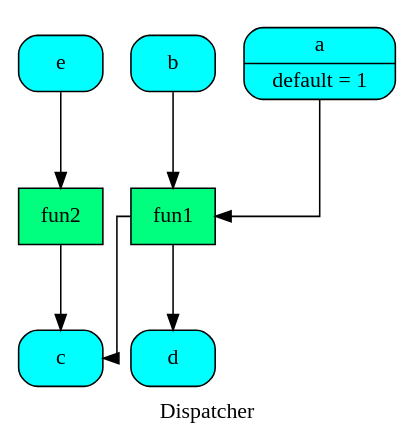
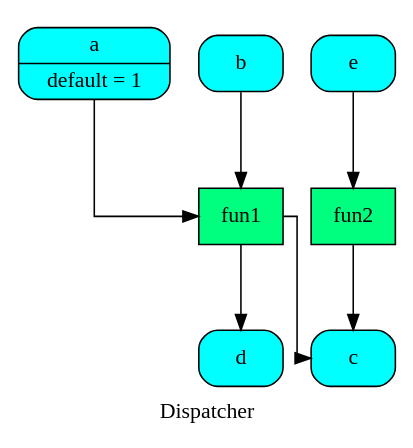
The diagram in doc/dispatcher/__init__/get_sub_dsp_from_workflow/dsp.dot (vinci1it2000/schedula), drawn with Graphviz before and after one commit. The commit also changed 27 other files, not shown here.

```diff
--- a/doc/dispatcher/__init__/get_sub_dsp_from_workflow/dsp.dot
+++ b/doc/dispatcher/__init__/get_sub_dsp_from_workflow/dsp.dot
@@ -1,19 +1,19 @@
 digraph Dispatcher {
 	graph [ratio=1]
 	node [style=filled]
 	label = "Dispatcher"
 	splines = ortho
-		Dispatcher_2454507358469954929 [label="{ d  }" fillcolor=cyan shape=Mrecord]
-		Dispatcher_2280363104014426707 [label="{ fun2  }" fillcolor=springgreen shape=record]
-		Dispatcher_6185816497042703556 [label="{ b  }" fillcolor=cyan shape=Mrecord]
-		"Dispatcher_-623183564480841321" [label="{ e  }" fillcolor=cyan shape=Mrecord]
-		"Dispatcher_-6053996528196385240" [label="{ c  }" fillcolor=cyan shape=Mrecord]
-		Dispatcher_2203997267912285163 [label="{ a | default = 1 }" fillcolor=cyan shape=Mrecord]
-		Dispatcher_688017470148481981 [label="{ fun1  }" fillcolor=springgreen shape=record]
-			Dispatcher_2280363104014426707 -> "Dispatcher_-6053996528196385240"
-			Dispatcher_6185816497042703556 -> Dispatcher_688017470148481981
-			"Dispatcher_-623183564480841321" -> Dispatcher_2280363104014426707
-			Dispatcher_2203997267912285163 -> Dispatcher_688017470148481981
-			Dispatcher_688017470148481981 -> "Dispatcher_-6053996528196385240"
-			Dispatcher_688017470148481981 -> Dispatcher_2454507358469954929
+		Dispatcher_483858525469303520 [label="{ a | default = 1 }" fillcolor=cyan shape=Mrecord]
+		"Dispatcher_-2444876131868221513" [label="{ e  }" fillcolor=cyan shape=Mrecord]
+		"Dispatcher_-8490501165579404505" [label="{ b  }" fillcolor=cyan shape=Mrecord]
+		Dispatcher_2483061293966101162 [label="{ c  }" fillcolor=cyan shape=Mrecord]
+		Dispatcher_7097492771640920463 [label="{ fun1  }" fillcolor=springgreen shape=record]
+		Dispatcher_8780722260480619695 [label="{ fun2  }" fillcolor=springgreen shape=record]
+		"Dispatcher_-4481680193965843537" [label="{ d  }" fillcolor=cyan shape=Mrecord]
+			Dispatcher_483858525469303520 -> Dispatcher_7097492771640920463
+			"Dispatcher_-2444876131868221513" -> Dispatcher_8780722260480619695
+			"Dispatcher_-8490501165579404505" -> Dispatcher_7097492771640920463
+			Dispatcher_7097492771640920463 -> Dispatcher_2483061293966101162
+			Dispatcher_7097492771640920463 -> "Dispatcher_-4481680193965843537"
+			Dispatcher_8780722260480619695 -> Dispatcher_2483061293966101162
 }
```
